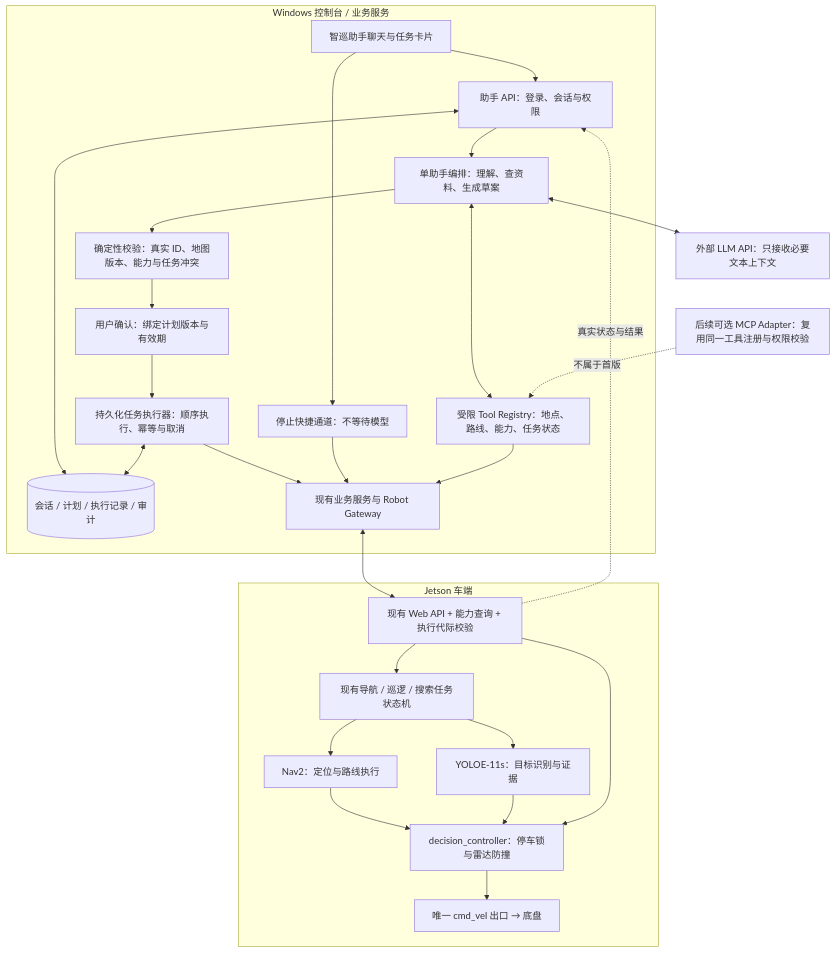
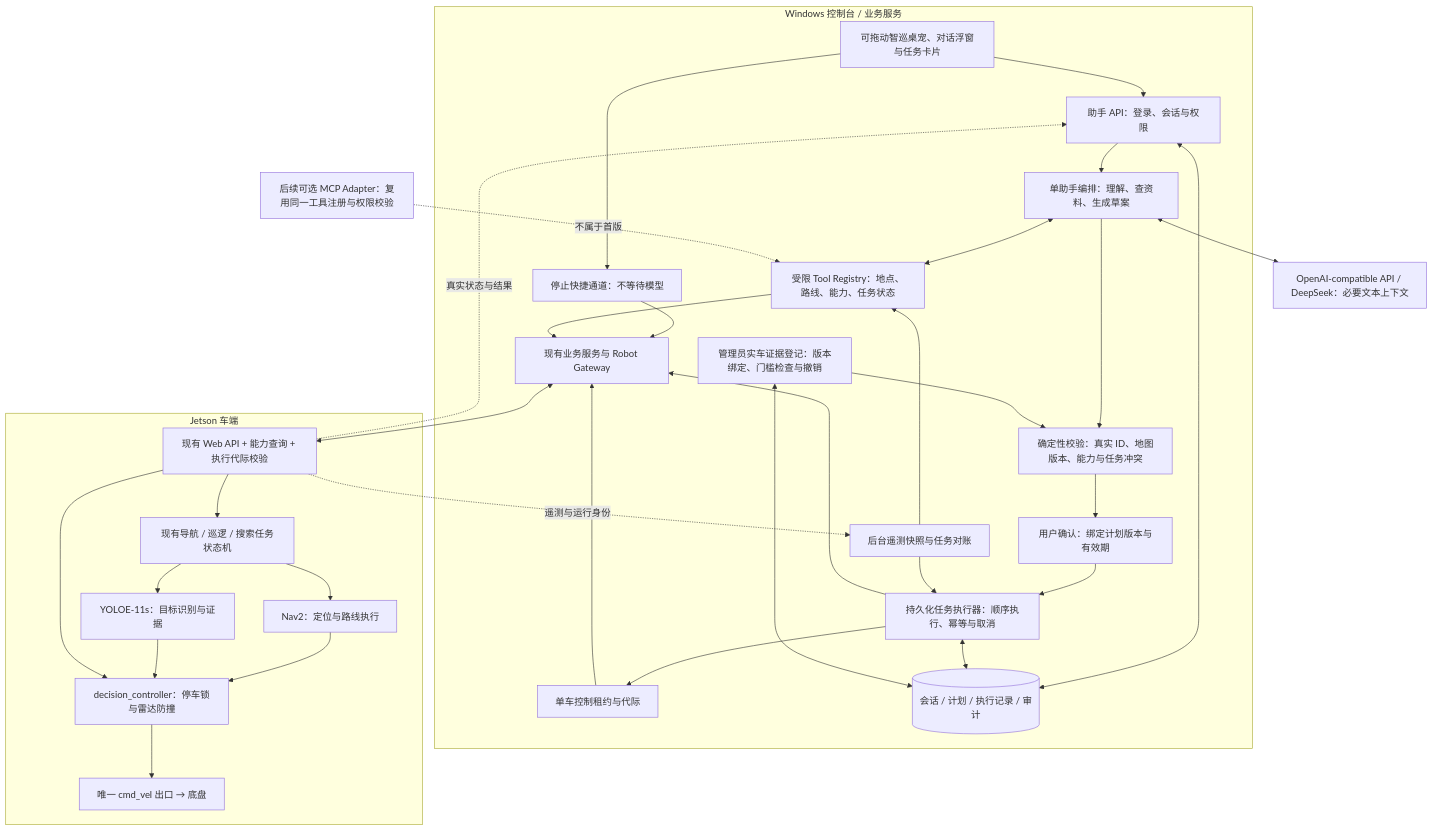
Before and after one commit to Ethan-code-ai/ros2-smart-car: the diagram in docs/patrol-assistant-architecture.mmd, drawn with Mermaid. The commit also changed 148 other files, not shown here.

```diff
--- a/docs/patrol-assistant-architecture.mmd
+++ b/docs/patrol-assistant-architecture.mmd
@@ -1,39 +1,48 @@
 flowchart TB
   subgraph PC[Windows 控制台 / 业务服务]
-    UI[智巡助手聊天与任务卡片]
+    UI[可拖动智巡桌宠、对话浮窗与任务卡片]
     API[助手 API：登录、会话与权限]
     ORCH[单助手编排：理解、查资料、生成草案]
     TOOLS[受限 Tool Registry：地点、路线、能力、任务状态]
     CHECK[确定性校验：真实 ID、地图版本、能力与任务冲突]
+    EVIDENCE[管理员实车证据登记：版本绑定、门槛检查与撤销]
+    CONTEXT[后台遥测快照与任务对账]
+    LEASE[单车控制租约与代际]
     CONFIRM[用户确认：绑定计划版本与有效期]
     EXEC[持久化任务执行器：顺序执行、幂等与取消]
     DB[(会话 / 计划 / 执行记录 / 审计)]
     GATE[现有业务服务与 Robot Gateway]
     STOP[停止快捷通道：不等待模型]
     UI --> API --> ORCH
     ORCH <--> TOOLS
     ORCH --> CHECK --> CONFIRM --> EXEC --> GATE
     API <--> DB
     EXEC <--> DB
+    EVIDENCE --> CHECK
+    EVIDENCE <--> DB
+    CONTEXT --> TOOLS
+    CONTEXT --> EXEC
+    EXEC --> LEASE --> GATE
     UI --> STOP --> GATE
   end
-  LLM[外部 LLM API：只接收必要文本上下文]
+  LLM[OpenAI-compatible API / DeepSeek：必要文本上下文]
   ORCH <--> LLM
   TOOLS --> GATE
   subgraph CAR[Jetson 车端]
     HTTP[现有 Web API + 能力查询 + 执行代际校验]
     TASK[现有导航 / 巡逻 / 搜索任务状态机]
     NAV[Nav2：定位与路线执行]
     VISION[YOLOE‑11s：目标识别与证据]
     CTRL[decision_controller：停车锁与雷达防撞]
     BASE[唯一 cmd_vel 出口 → 底盘]
     HTTP --> TASK
     TASK --> NAV --> CTRL
     TASK --> VISION --> CTRL
     HTTP --> CTRL
     CTRL --> BASE
   end
   GATE <--> HTTP
   HTTP -.真实状态与结果.-> API
+  HTTP -.遥测与运行身份.-> CONTEXT
   MCP[后续可选 MCP Adapter：复用同一工具注册与权限校验]
   MCP -.不属于首版.-> TOOLS
```
